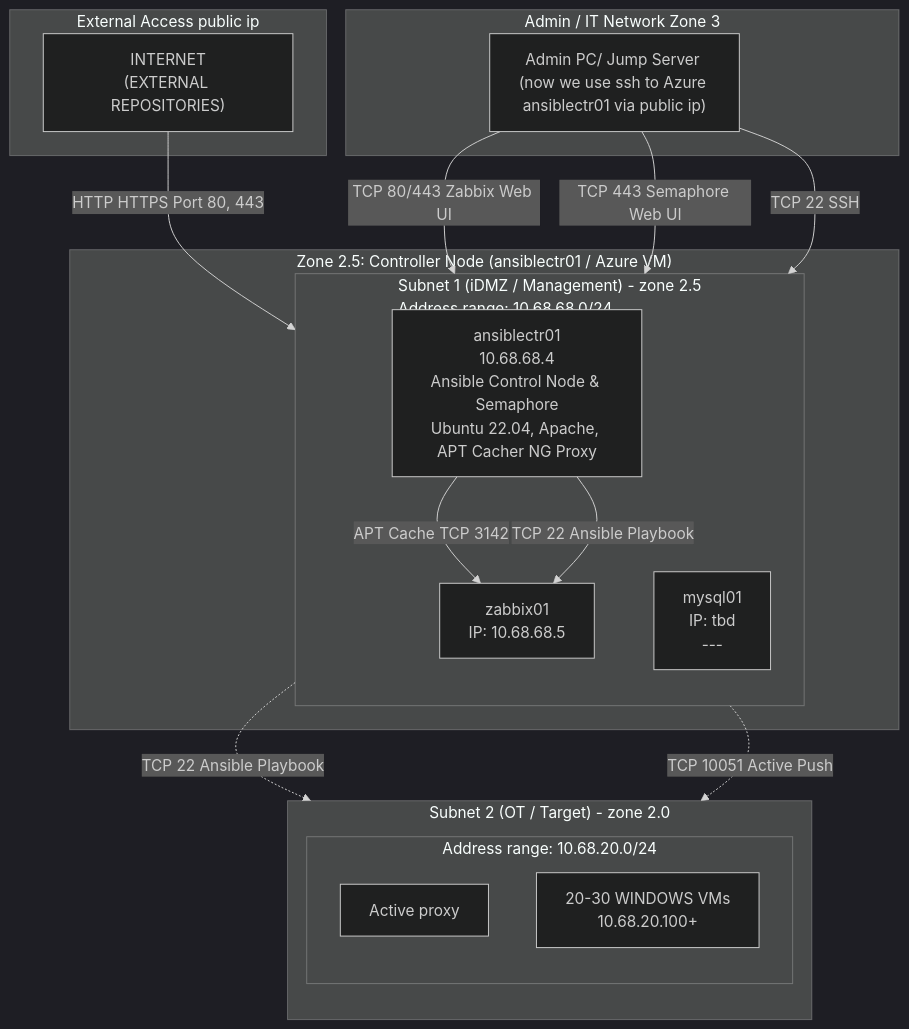
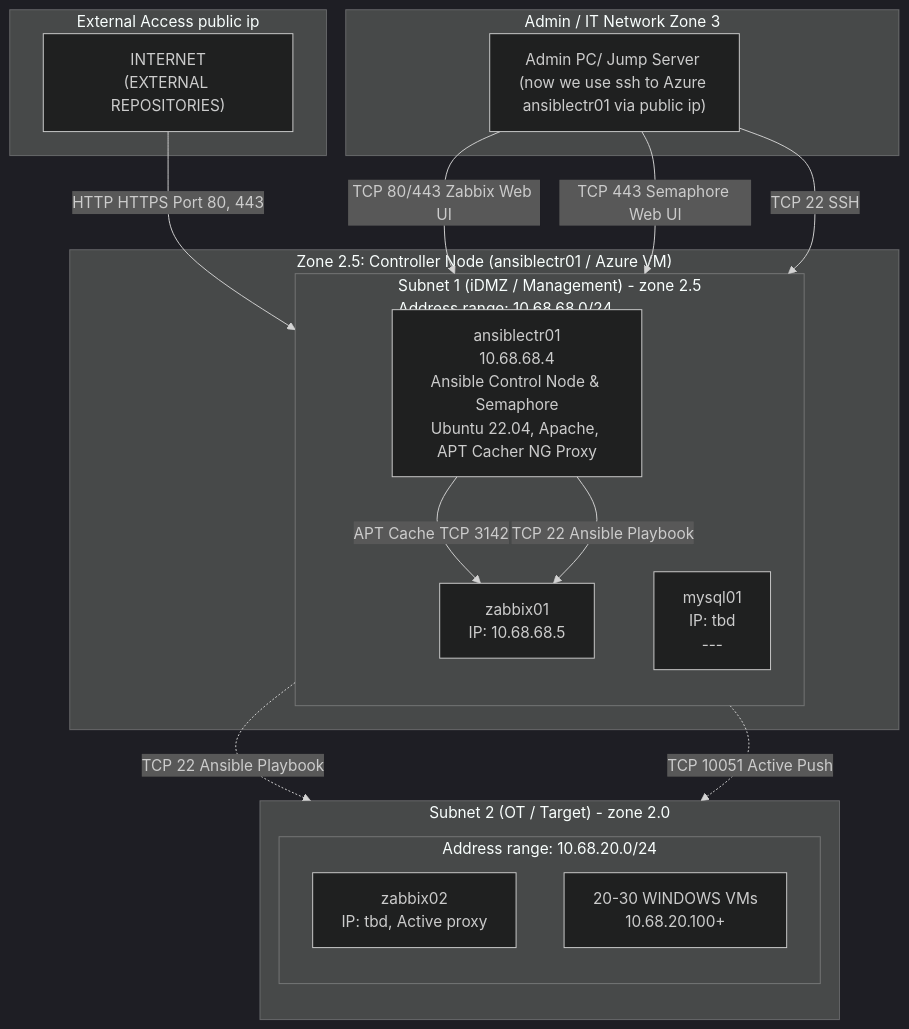
Before and after one commit to spawnmarvel/kvm-lab: the diagram in run_research_2_azure_zabbix_stack_extra_with_windows_vms/readme.md, drawn with Mermaid (dark theme).

Commit message:
start ansible

````diff
--- a/run_research_2_azure_zabbix_stack_extra_with_windows_vms/readme.md
+++ b/run_research_2_azure_zabbix_stack_extra_with_windows_vms/readme.md
@@ -926,40 +926,39 @@
 ```mermaid
 graph TD
     subgraph Zone1 ["External Access public ip"]
         Internet["INTERNET<br/>(EXTERNAL REPOSITORIES)"]
     end
 
     subgraph Zone2 ["Zone 2.5: Controller Node (ansiblectr01 / Azure VM)"]
         subgraph Subnet1 ["Subnet 1 (iDMZ / Management) - zone 2.5<br/>Address range: 10.68.68.0/24"]
             direction TB
             ansiblectr01["ansiblectr01<br/>10.68.68.4<br/>Ansible Control Node & Semaphore<br/>Ubuntu 22.04, Apache, APT Cacher NG Proxy"]
             zabbix01["zabbix01<br/>IP: 10.68.68.5"]
             mysql01["mysql01<br/>IP: tbd<br/>---"]
         end
     end
 
     subgraph Zone2OT ["Subnet 2 (OT / Target) - zone 2.0"]
         direction TB
         subgraph Subnet2 ["Address range: 10.68.20.0/24"]
-            zabbix02["zabbix02<br/>IP: tbd"]
-            zabbix02["Active proxy"]
+            zabbix02["zabbix02<br/>IP: tbd, Active proxy"]
             winVMs["20-30 WINDOWS VMs<br/>10.68.20.100+"]
         end
     end
 
     subgraph AdminNet ["Admin / IT Network Zone 3"]
         AdminPC["Admin PC/ Jump Server (now we use ssh to Azure ansiblectr01 via public ip)"]
     end
 
     Internet -->|HTTP HTTPS Port 80, 443| ansiblectr01
     AdminPC -->|TCP 80/443 Zabbix Web UI| zabbix01
     AdminPC -->|TCP 443 Semaphore Web UI| ansiblectr01
     AdminPC -->|TCP 22 SSH| ansiblectr01
     
     ansiblectr01 -->|APT Cache TCP 3142| zabbix01
     ansiblectr01 -->|TCP 22 Ansible Playbook| zabbix01
     
     ansiblectr01 -.->|TCP 22 Ansible Playbook| zabbix02
     zabbix01 -.->|TCP 10051 Active Push| zabbix02
 
 ```
````
